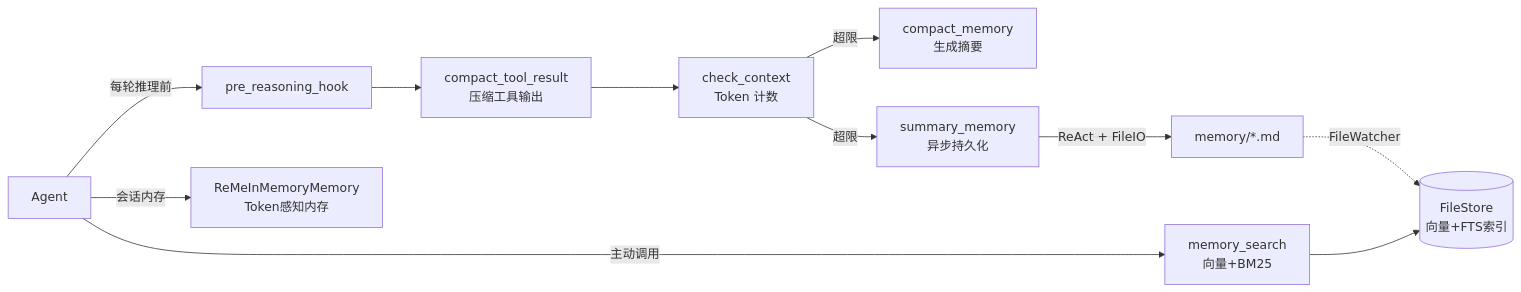
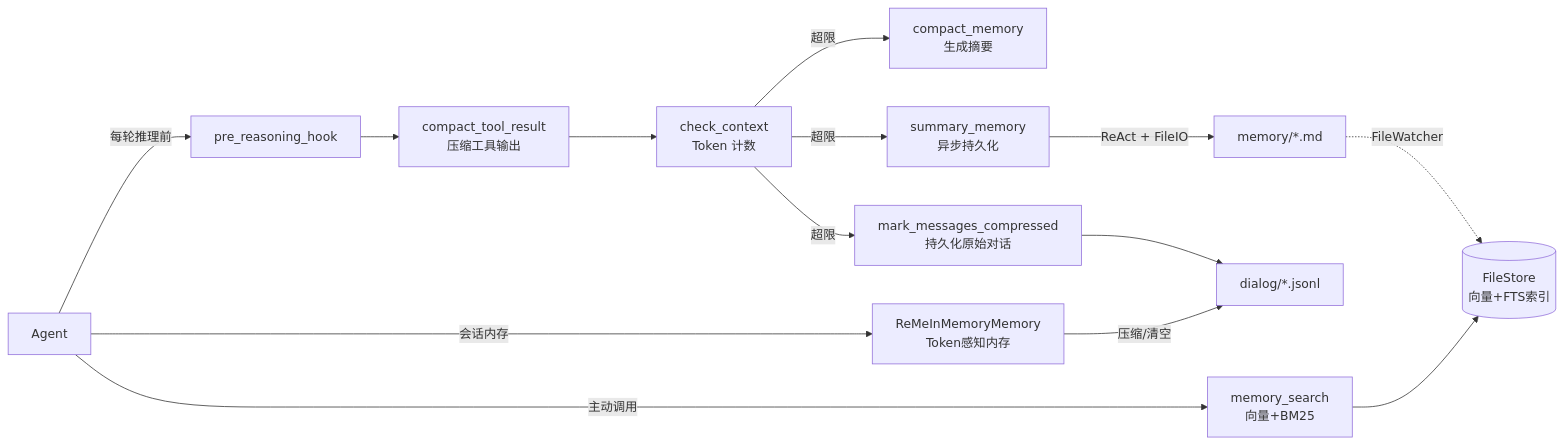
One commit to lllyyysss77/ReMe changed the first of 9 diagrams in README_ZH.md. Above: the diagram before and after it, drawn with Mermaid. The commit also changed other lines of this file and 29 other files, not shown here.

````diff
--- a/README_ZH.md
+++ b/README_ZH.md
@@ -200,13 +214,16 @@
 ```mermaid
 graph LR
     Agent[Agent] -->|每轮推理前| Hook[pre_reasoning_hook]
     Hook --> TC[compact_tool_result<br>压缩工具输出]
     TC --> CC[check_context<br>Token 计数]
     CC -->|超限| CM[compact_memory<br>生成摘要]
     CC -->|超限| SM[summary_memory<br>异步持久化]
     SM -->|ReAct + FileIO| Files[memory/*.md]
+    CC -->|超限| MMC[mark_messages_compressed<br>持久化原始对话]
+    MMC --> Dialog[dialog/*.jsonl]
     Agent -->|主动调用| Search[memory_search<br>向量+BM25]
     Agent -->|会话内存| InMem[ReMeInMemoryMemory<br>Token感知内存]
+    InMem -->|压缩/清空| Dialog
     Files -.->|FileWatcher| Store[(FileStore<br>向量+FTS索引)]
     Search --> Store
 ```
````
